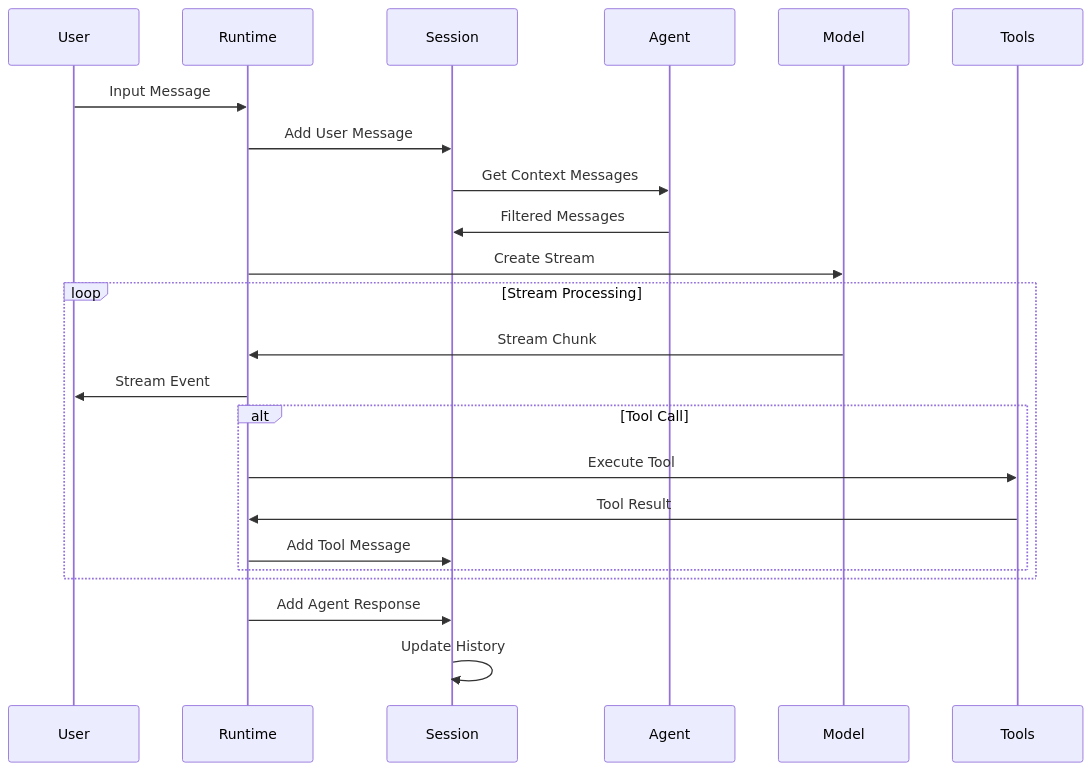
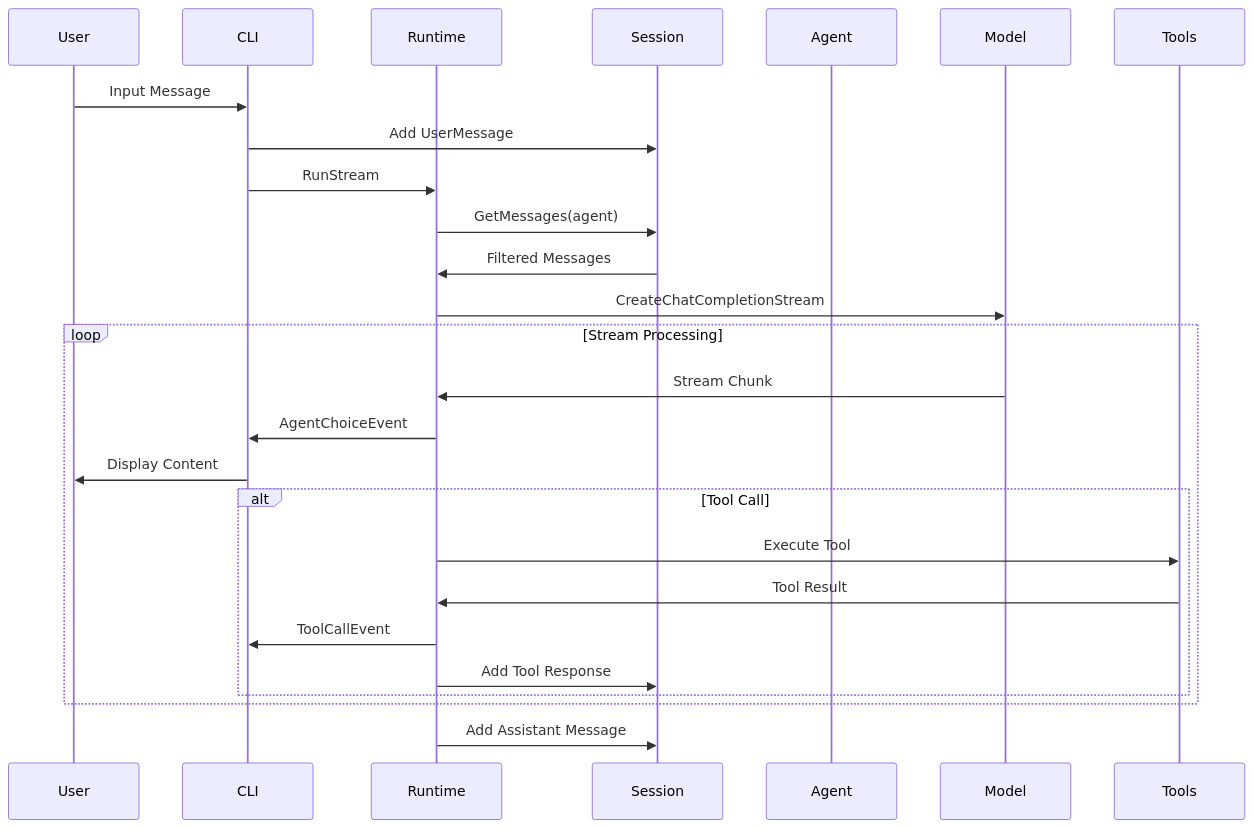
Before and after one commit to vvoland/cagent: the tenth of 12 diagrams in docs/architecture.md, drawn with Mermaid. The commit also changed other lines of this file, not shown here.

Commit message:
Update architecture docs

````diff
--- a/docs/architecture.md
+++ b/docs/architecture.md
@@ -396,29 +562,32 @@
 ```mermaid
 sequenceDiagram
     participant User
+    participant CLI
     participant Runtime
     participant Session
     participant Agent
     participant Model
     participant Tools
 
-    User->>Runtime: Input Message
-    Runtime->>Session: Add User Message
-    Session->>Agent: Get Context Messages
-    Agent->>Session: Filtered Messages
-    Runtime->>Model: Create Stream
+    User->>CLI: Input Message
+    CLI->>Session: Add UserMessage
+    CLI->>Runtime: RunStream
+    Runtime->>Session: GetMessages(agent)
+    Session->>Runtime: Filtered Messages
+    Runtime->>Model: CreateChatCompletionStream
 
     loop Stream Processing
         Model->>Runtime: Stream Chunk
-        Runtime->>User: Stream Event
+        Runtime->>CLI: AgentChoiceEvent
+        CLI->>User: Display Content
 
         alt Tool Call
             Runtime->>Tools: Execute Tool
             Tools->>Runtime: Tool Result
-            Runtime->>Session: Add Tool Message
+            Runtime->>CLI: ToolCallEvent
+            Runtime->>Session: Add Tool Response
         end
     end
 
-    Runtime->>Session: Add Agent Response
-    Session->>Session: Update History
+    Runtime->>Session: Add Assistant Message
 ```
````
